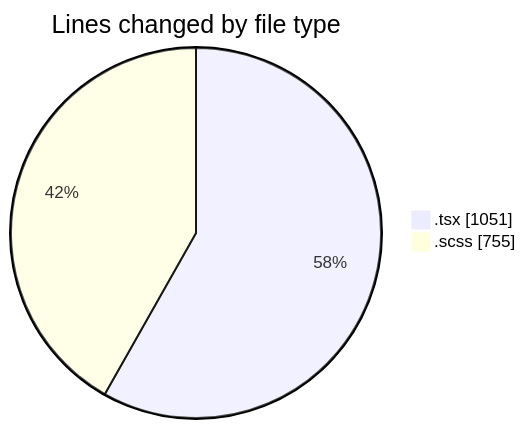
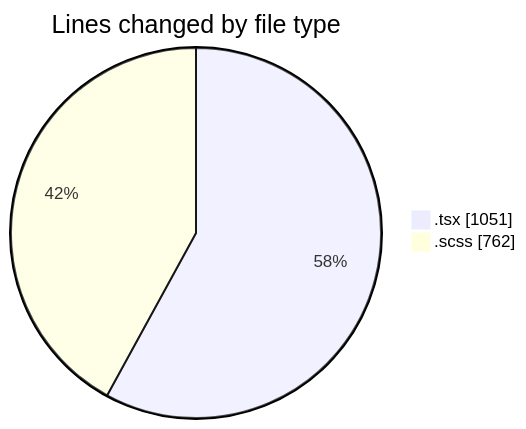
Before and after one commit to momahboobian/code-tracking: the first of 2 diagrams in 2025-10-06/cda/README.md, drawn with Mermaid. The commit also changed other lines of this file and 1 other file, not shown here.

````diff
--- a/2025-10-06/cda/README.md
+++ b/2025-10-06/cda/README.md
@@ -24,6 +24,6 @@
 ```mermaid
 pie showData
 title Lines changed by file type
 ".tsx" : 1051
-".scss" : 755
+".scss" : 762
 ```
````
